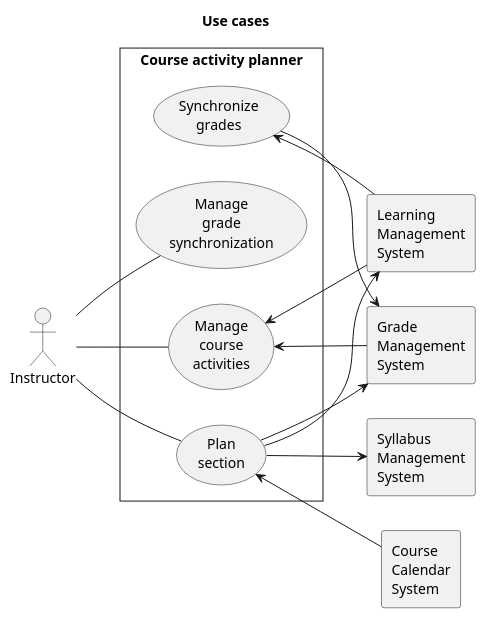
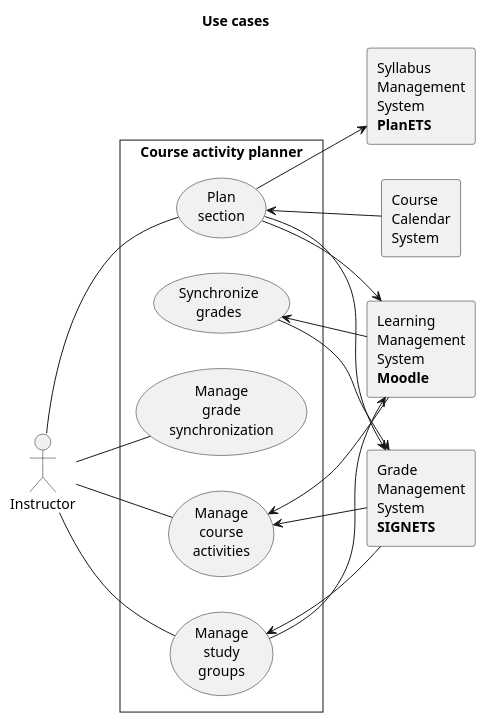
One commit to fuhrmanator/course-activity-planner changed the diagram in ooad/use-cases.puml. Above: the diagram before and after it, drawn with PlantUML.

Commit message:
Added ManageStudyGroups use case

```diff
--- a/ooad/use-cases.puml
+++ b/ooad/use-cases.puml
@@ -1,34 +1,39 @@
 @startuml
 title Use cases
 skinparam style strictuml
 left to right direction
 actor Instructor as I
-rectangle "Learning\nManagement\nSystem" as lms
-rectangle "Syllabus\nManagement\nSystem" as sms
-rectangle "Grade\nManagement\nSystem" as gms
+rectangle "Learning\nManagement\nSystem\n**Moodle**" as lms
+rectangle "Syllabus\nManagement\nSystem\n**PlanETS**" as sms
+rectangle "Grade\nManagement\nSystem\n**SIGNETS**" as gms
 rectangle "Course\nCalendar\nSystem" as ccs
 
 rectangle "Course activity planner" {
 
 (Manage\ncourse\nactivities) as ma
+(Manage\nstudy\ngroups) as msg
 (Plan\nsection) as ps
 (Manage\ngrade\nsynchronization) as mgs
 (Synchronize\ngrades) as sg
 }
 
 I -- ma
 ma <-- lms
 ma <-- gms
+
+I -- msg
+msg <-- gms
+msg --> lms
 
 ' plan section
 I -- ps
 ps --> lms
 ps --> sms
 ps --> gms
 ps <-- ccs
 
 'sync grades
 I -- mgs
 sg <-- lms
 sg --> gms
 @enduml
```
